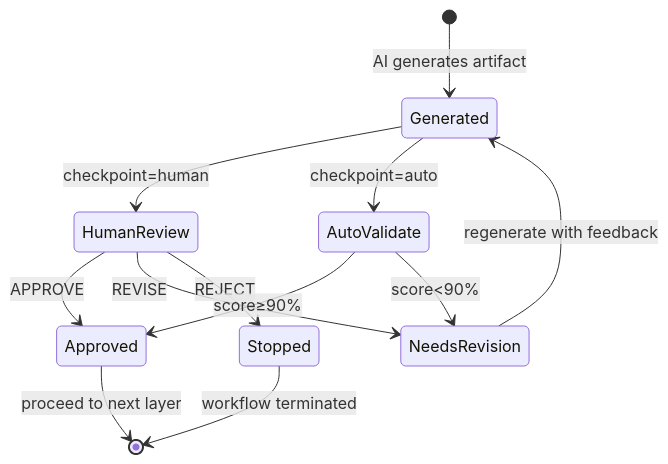
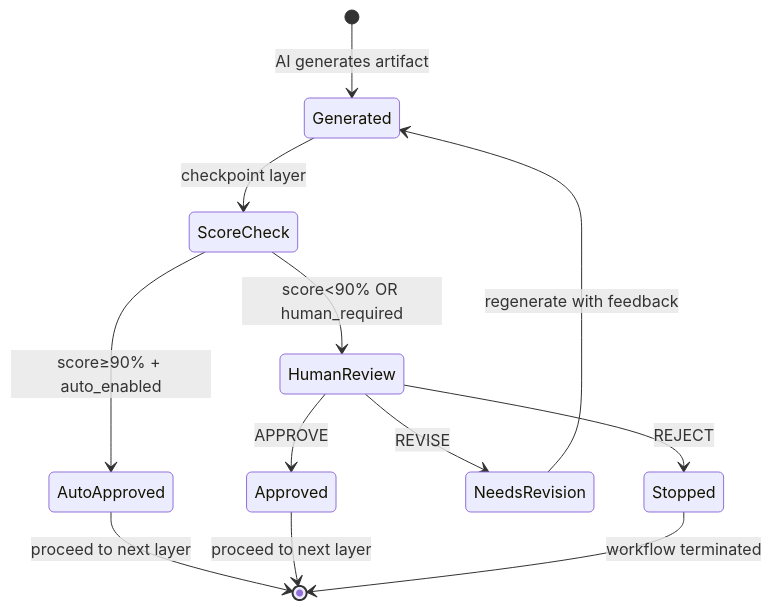
The sixth of 8 diagrams in ai_dev_flow/SDD_AUTOMATION_WORKFLOW.md (vladm3105/aidoc-flow-framework), drawn with Mermaid before and after one commit. The commit also changed other lines of this file and 99 other files, not shown here.

Commit message:
feat: Refine AI development flow by removing Claude-specific integrations, adding GCP Vertex AI support, enhancing corpus validation, and updating various documentation templates and guides.

````diff
--- a/ai_dev_flow/SDD_AUTOMATION_WORKFLOW.md
+++ b/ai_dev_flow/SDD_AUTOMATION_WORKFLOW.md
@@ -265,17 +295,17 @@
 ```mermaid
 stateDiagram-v2
     [*] --> Generated: AI generates artifact
-    Generated --> HumanReview: checkpoint=human
-    Generated --> AutoValidate: checkpoint=auto
-
+    Generated --> ScoreCheck: checkpoint layer
+    
+    ScoreCheck --> AutoApproved: score≥90% + auto_enabled
+    ScoreCheck --> HumanReview: score<90% OR human_required
+    
     HumanReview --> Approved: APPROVE
     HumanReview --> NeedsRevision: REVISE
     HumanReview --> Stopped: REJECT
-
-    AutoValidate --> Approved: score≥90%
-    AutoValidate --> NeedsRevision: score<90%
-
+    
+    AutoApproved --> [*]: proceed to next layer
     NeedsRevision --> Generated: regenerate with feedback
     Approved --> [*]: proceed to next layer
     Stopped --> [*]: workflow terminated
 ```
````
